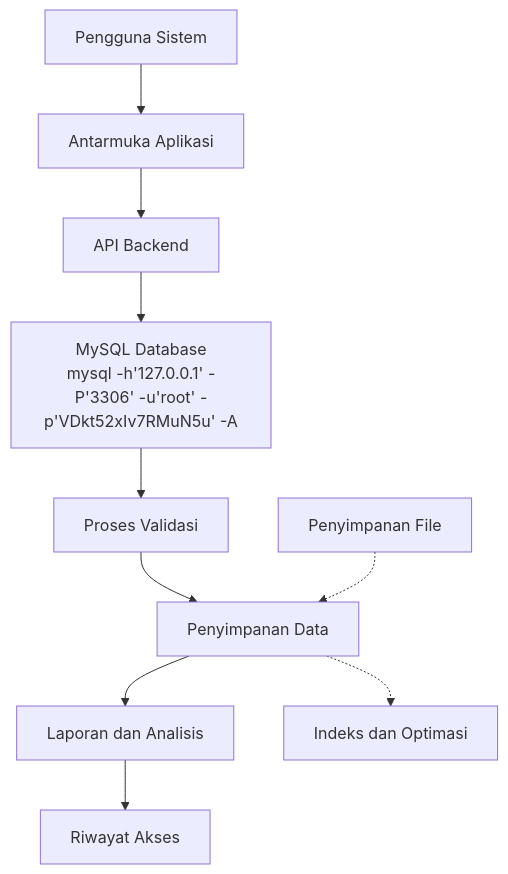
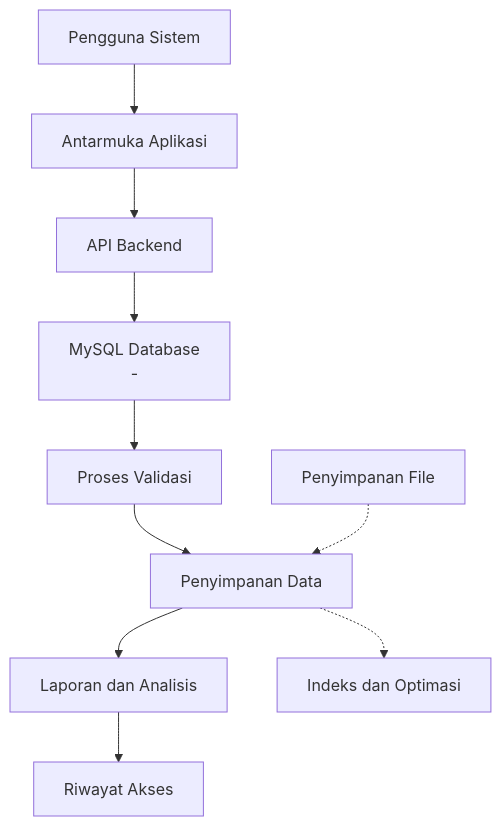
One commit to alibungker/superapp changed the second of 2 diagrams in simutasi/simutasi_Database_Design_Document_(DBDD).md. Above: the diagram before and after it, drawn with Mermaid. The commit also changed other lines of this file, not shown here.

First line of the commit message:
Remove sensitive database connection information

````diff
--- a/simutasi/simutasi_Database_Design_Document_(DBDD).md
+++ b/simutasi/simutasi_Database_Design_Document_(DBDD).md
@@ -543,13 +543,13 @@
 ```mermaid
 graph TD
     A[Pengguna Sistem] --> B[Antarmuka Aplikasi]
     B --> C[API Backend]
-    C --> D[MySQL Database<br/>mysql -h'127.0.0.1' -P'3306' -u'root' -p'VDkt52xIv7RMuN5u' -A]
+    C --> D[MySQL Database<br/>-]
     D --> E[Proses Validasi]
     E --> F[Penyimpanan Data]
     F --> G[Laporan dan Analisis]
     G --> H[Riwayat Akses]
     
     I[Penyimpanan File] -.-> F
     F -.-> J[Indeks dan Optimasi]
 ```
````
